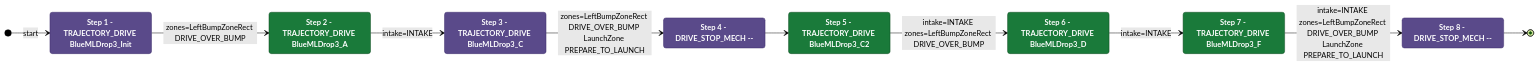
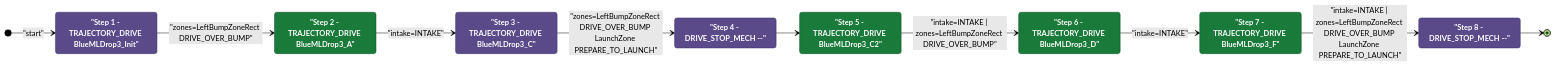
The diagram in documents/auton/RedBDepKeep3NDepNOutScoreNCli.md (Team302/2026Rebuilt), drawn with Mermaid (forest theme) before and after one commit. The commit also changed other lines of this file and 242 other files, not shown here.

Commit message:
Regenerated diagrams with fixed red

````diff
--- a/documents/auton/RedBDepKeep3NDepNOutScoreNCli.md
+++ b/documents/auton/RedBDepKeep3NDepNOutScoreNCli.md
@@ -8,36 +8,36 @@
 ```mermaid
 stateDiagram-v2
     direction LR
 
     %% Green = intake active, Purple = intake off
     classDef intake  fill:#1a7a3a,color:#ffffff,stroke:#0d4a1f,font-weight:bold
     classDef noIntake fill:#5a4a8a,color:#ffffff,stroke:#3a2a6a,font-weight:bold
 
-    Step1 : Step 1 - TRAJECTORY_DRIVE BlueMLDrop3_Init
-    Step2 : Step 2 - TRAJECTORY_DRIVE BlueMLDrop3_A
-    Step3 : Step 3 - TRAJECTORY_DRIVE BlueMLDrop3_C
-    Step4 : Step 4 - DRIVE_STOP_MECH --
-    Step5 : Step 5 - TRAJECTORY_DRIVE BlueMLDrop3_C2
-    Step6 : Step 6 - TRAJECTORY_DRIVE BlueMLDrop3_D
-    Step7 : Step 7 - TRAJECTORY_DRIVE BlueMLDrop3_F
-    Step8 : Step 8 - DRIVE_STOP_MECH --
+    Step1 : "Step 1 - TRAJECTORY_DRIVE BlueMLDrop3_Init"
+    Step2 : "Step 2 - TRAJECTORY_DRIVE BlueMLDrop3_A"
+    Step3 : "Step 3 - TRAJECTORY_DRIVE BlueMLDrop3_C"
+    Step4 : "Step 4 - DRIVE_STOP_MECH --"
+    Step5 : "Step 5 - TRAJECTORY_DRIVE BlueMLDrop3_C2"
+    Step6 : "Step 6 - TRAJECTORY_DRIVE BlueMLDrop3_D"
+    Step7 : "Step 7 - TRAJECTORY_DRIVE BlueMLDrop3_F"
+    Step8 : "Step 8 - DRIVE_STOP_MECH --"
 
     class Step1 noIntake
     class Step2 intake
     class Step3 noIntake
     class Step4 noIntake
     class Step5 intake
     class Step6 intake
     class Step7 intake
     class Step8 noIntake
 
-    [*] --> Step1 : start
-    Step1 --> Step2: zones=LeftBumpZoneRect DRIVE_OVER_BUMP
-    Step2 --> Step3: intake=INTAKE
-    Step3 --> Step4: zones=LeftBumpZoneRect DRIVE_OVER_BUMP LaunchZone PREPARE_TO_LAUNCH
+    [*] --> Step1 : "start"
+    Step1 --> Step2: "zones=LeftBumpZoneRect DRIVE_OVER_BUMP"
+    Step2 --> Step3: "intake=INTAKE"
+    Step3 --> Step4: "zones=LeftBumpZoneRect DRIVE_OVER_BUMP LaunchZone PREPARE_TO_LAUNCH"
     Step4 --> Step5
-    Step5 --> Step6: intake=INTAKE zones=LeftBumpZoneRect DRIVE_OVER_BUMP
-    Step6 --> Step7: intake=INTAKE
-    Step7 --> Step8: intake=INTAKE zones=LeftBumpZoneRect DRIVE_OVER_BUMP LaunchZone PREPARE_TO_LAUNCH
+    Step5 --> Step6: "intake=INTAKE | zones=LeftBumpZoneRect DRIVE_OVER_BUMP"
+    Step6 --> Step7: "intake=INTAKE"
+    Step7 --> Step8: "intake=INTAKE | zones=LeftBumpZoneRect DRIVE_OVER_BUMP LaunchZone PREPARE_TO_LAUNCH"
     Step8 --> [*]
 ```
````
